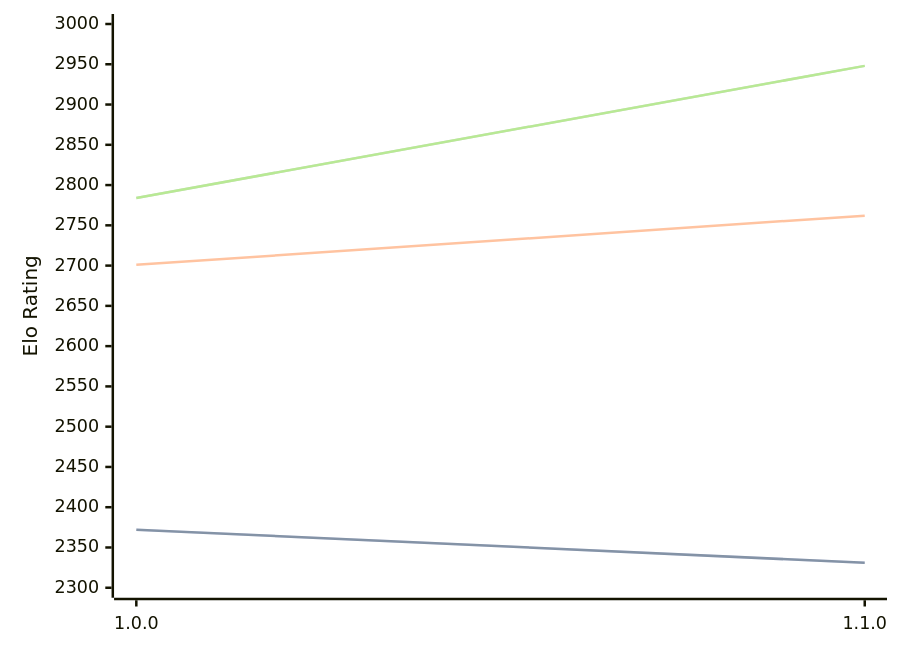
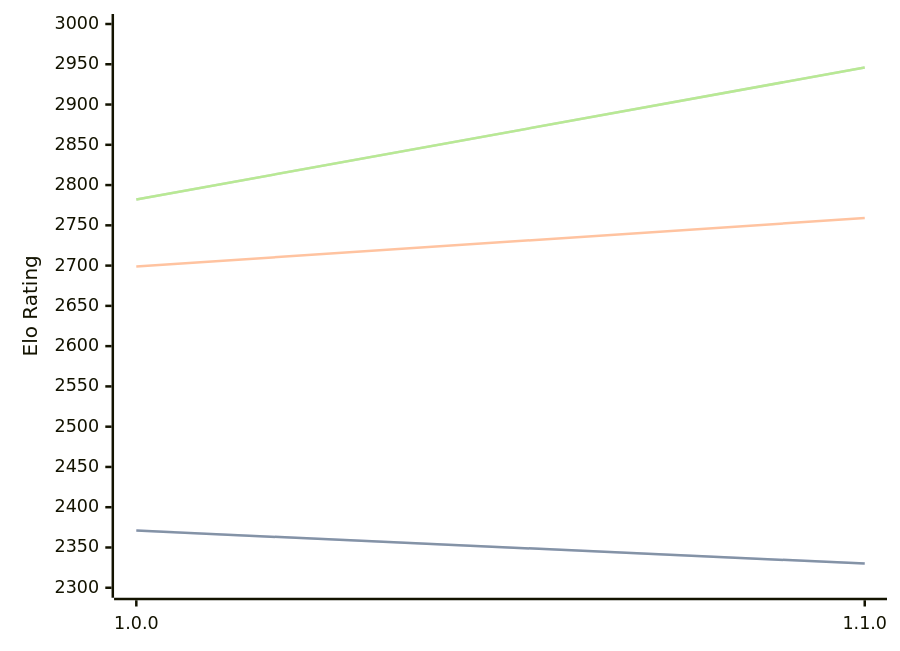
One commit to computer-chess-index/cci changed the diagram in engines/ShallowGuess.md. Above: the diagram before and after it, drawn with Mermaid. The commit also changed other lines of this file, not shown here.

Commit message:
Update CCI Ratings (ELO VLTC) - 2026-04-23

````diff
--- a/engines/ShallowGuess.md
+++ b/engines/ShallowGuess.md
@@ -36,11 +36,11 @@
 ```mermaid
 %%{init: {"theme":"base","themeVariables":{"seriesColors:['#a3a3a3','#222221','#faa371']}}}%%
 xychart-beta
   x-axis ["1.0.0", "1.1.0"]
   y-axis "Elo Rating" 2300 --> 3000
-  line "STC (8.0+0.08s)" [2372, 2331]
-  line "STC (8.0+0.08s)" [2372, 2331]
-  line "LTC (60.0+0.60s)" [2701, 2762]
-  line "VLTC (2m24s+1.12s)" [2784, 2948]
-  line "VLTC (2m24s+1.12s)" [2784, 2948]
+  line "STC (8.0+0.08s)" [2371, 2330]
+  line "STC (8.0+0.08s)" [2371, 2330]
+  line "LTC (60.0+0.60s)" [2699, 2759]
+  line "VLTC (2m24s+1.12s)" [2782, 2946]
+  line "VLTC (2m24s+1.12s)" [2782, 2946]
 ```
````
